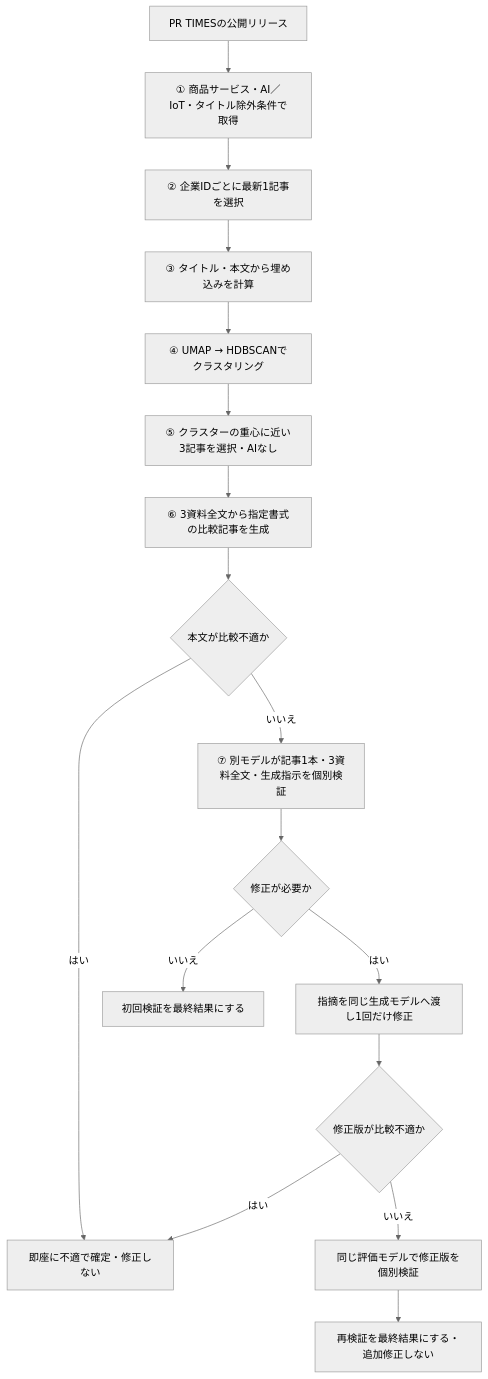
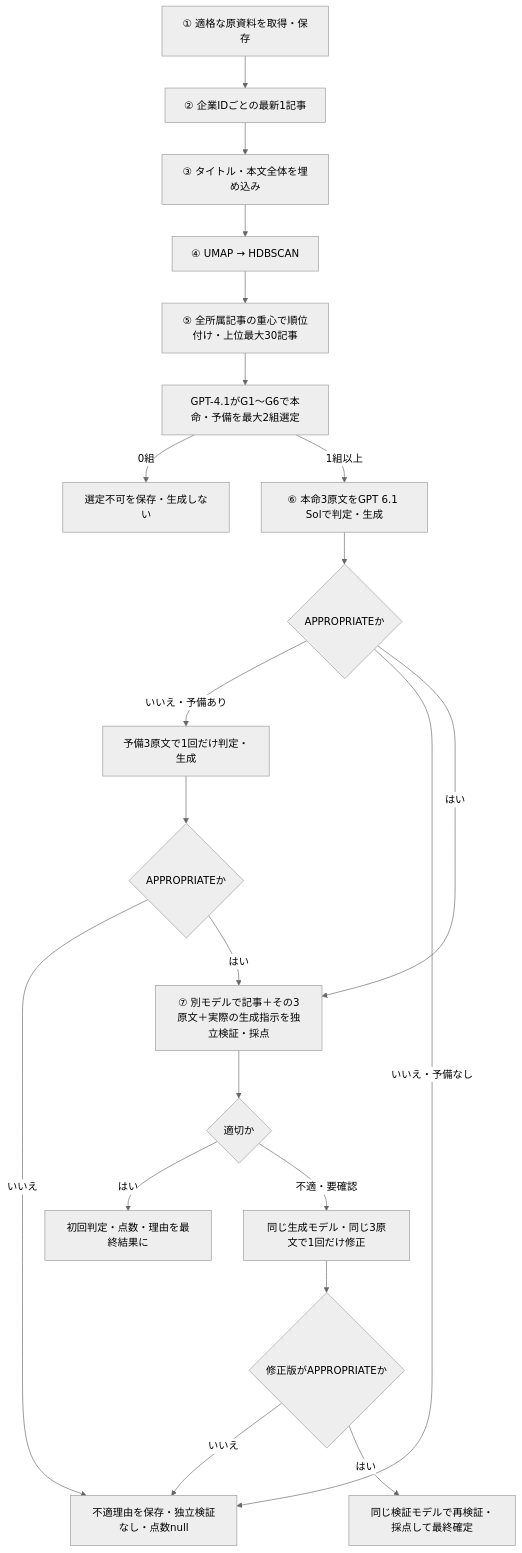
The first of 2 diagrams in docs/seven-stage-system-design-20261015.md (dr-iot-dev/newsCollection), drawn with Mermaid (neutral theme) before and after one commit. The commit also changed other lines of this file and 412 other files, not shown here.

````diff
--- a/docs/seven-stage-system-design-20261015.md
+++ b/docs/seven-stage-system-design-20261015.md
@@ -7,19 +7,23 @@
 ```mermaid
 flowchart TD
-    A[PR TIMESの公開リリース] --> B[① 商品サービス・AI／IoT・タイトル除外条件で取得]
-    B --> C[② 企業IDごとに最新1記事を選択]
-    C --> D[③ タイトル・本文から埋め込みを計算]
-    D --> E[④ UMAP → HDBSCANでクラスタリング]
-    E --> F[⑤ クラスターの重心に近い3記事を選択・AIなし]
-    F --> G[⑥ 3資料全文から指定書式の比較記事を生成]
-    G --> J{本文が比較不適か}
-    J -->|はい| K[即座に不適で確定・修正しない]
-    J -->|いいえ| H[⑦ 別モデルが記事1本・3資料全文・生成指示を個別検証]
-    H --> L{修正が必要か}
-    L -->|いいえ| I[初回検証を最終結果にする]
-    L -->|はい| M[指摘を同じ生成モデルへ渡し1回だけ修正]
-    M --> N{修正版が比較不適か}
-    N -->|はい| K
-    N -->|いいえ| O[同じ評価モデルで修正版を個別検証]
-    O --> P[再検証を最終結果にする・追加修正しない]
+    A[① 適格な原資料を取得・保存] --> B[② 企業IDごとの最新1記事]
+    B --> C[③ タイトル・本文全体を埋め込み]
+    C --> D[④ UMAP → HDBSCAN]
+    D --> E[⑤ 全所属記事の重心で順位付け・上位最大30記事]
+    E --> F[GPT-4.1がG1〜G6で本命・予備を最大2組選定]
+    F -->|0組| N[選定不可を保存・生成しない]
+    F -->|1組以上| G[⑥ 本命3原文をGPT 6.1 Solで判定・生成]
+    G --> H{APPROPRIATEか}
+    H -->|いいえ・予備あり| R[予備3原文で1回だけ判定・生成]
+    H -->|いいえ・予備なし| X[不適理由を保存・独立検証なし・点数null]
+    R --> S{APPROPRIATEか}
+    S -->|いいえ| X
+    S -->|はい| V
+    H -->|はい| V[⑦ 別モデルで記事＋その3原文＋実際の生成指示を独立検証・採点]
+    V --> J{適切か}
+    J -->|はい| Y[初回判定・点数・理由を最終結果に]
+    J -->|不適・要確認| K[同じ生成モデル・同じ3原文で1回だけ修正]
+    K --> L{修正版がAPPROPRIATEか}
+    L -->|いいえ| X
+    L -->|はい| M[同じ検証モデルで再検証・採点して最終確定]
 ```
````
